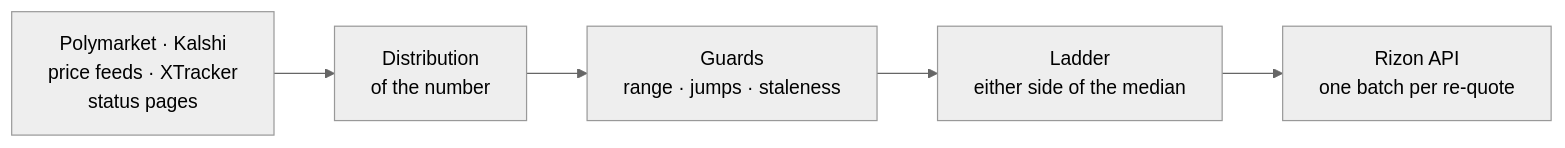
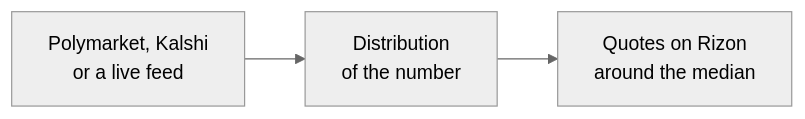
One commit to PlathsOven/prediction-market-maker changed the diagram in README.md. Above: the diagram before and after it, drawn with Mermaid (neutral theme).

Commit message:
README: a simpler pipeline diagram
Three nodes, so it clears GitHub's diagram controls.

````diff
--- a/README.md
+++ b/README.md
@@ -18,7 +18,5 @@
 ```mermaid
 flowchart LR
-  S["Polymarket · Kalshi<br/>price feeds · XTracker<br/>status pages"] --> D["Distribution<br/>of the number"]
-  D --> G["Guards<br/>range · jumps · staleness"]
-  G --> L["Ladder<br/>either side of the median"]
-  L --> R["Rizon API<br/>one batch per re-quote"]
+  S["Polymarket, Kalshi<br/>or a live feed"] --> D["Distribution<br/>of the number"]
+  D --> Q["Quotes on Rizon<br/>around the median"]
 ```
````
